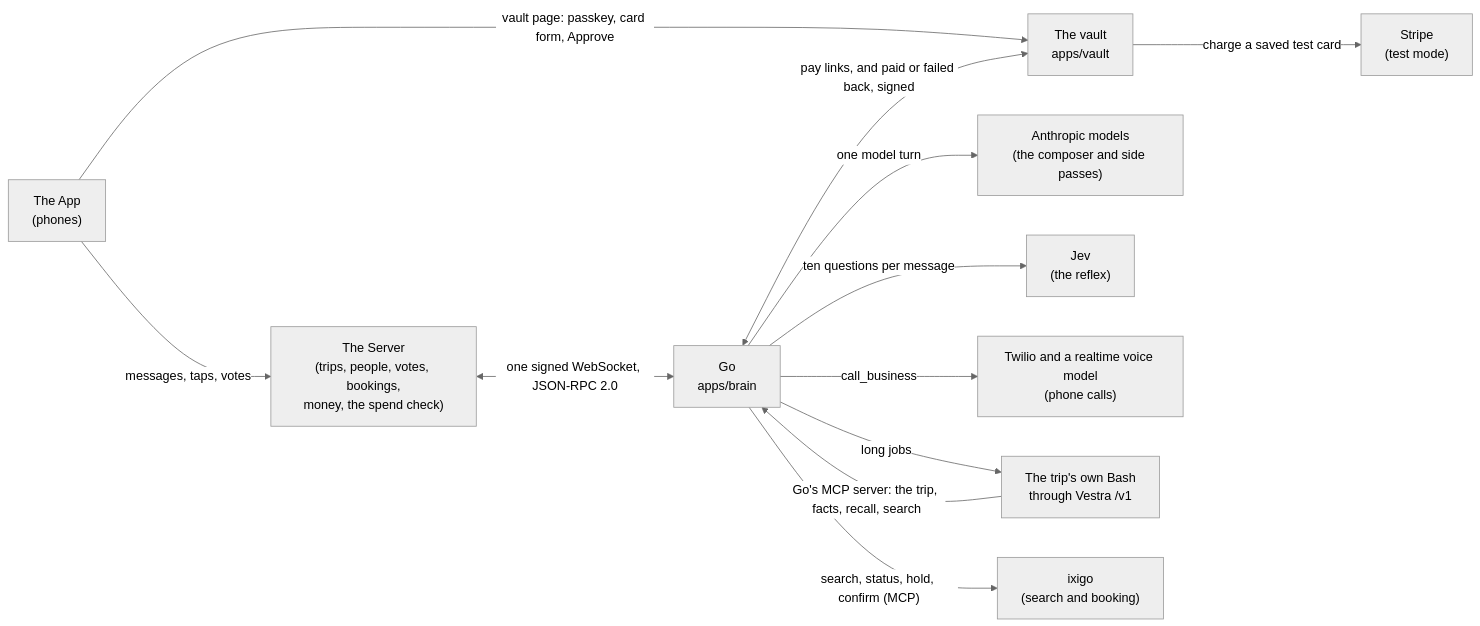
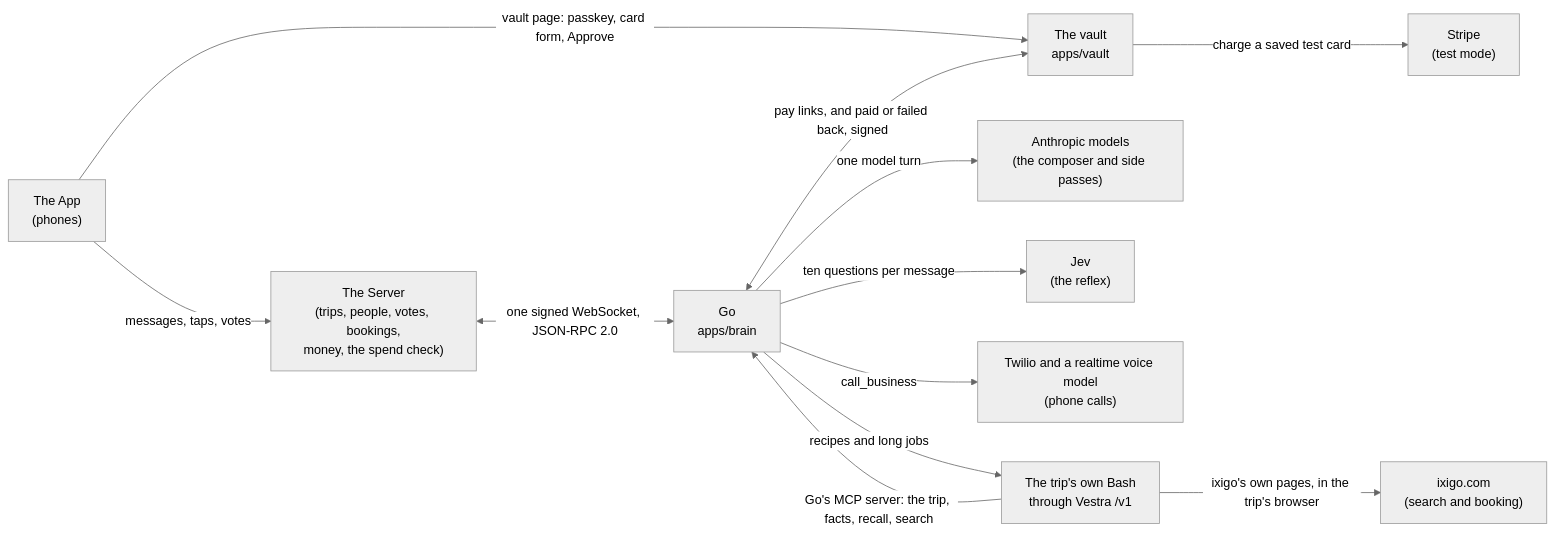
One commit to vestra-ai/go-brain changed the diagram in docs/architecture.md. Above: the diagram before and after it, drawn with Mermaid (neutral theme). The commit also changed other lines of this file and 2 other files, not shown here.

First line of the commit message:
docs: the submission and the architecture say what production does tonight

````diff
--- a/docs/architecture.md
+++ b/docs/architecture.md
@@ -9,25 +9,25 @@
 ```mermaid
 flowchart LR
   App["The App<br/>(phones)"]
   Server["The Server<br/>(trips, people, votes, bookings,<br/>money, the spend check)"]
   Go["Go<br/>apps/brain"]
   Vault["The vault<br/>apps/vault"]
   Stripe["Stripe<br/>(test mode)"]
   Models["Anthropic models<br/>(the composer and side passes)"]
   Jev["Jev<br/>(the reflex)"]
   Phone["Twilio and a realtime voice model<br/>(phone calls)"]
   Bash["The trip's own Bash<br/>through Vestra /v1"]
-  Ixigo["ixigo<br/>(search and booking)"]
+  Ixigo["ixigo.com<br/>(search and booking)"]
 
   App -- "messages, taps, votes" --> Server
   Server <-- "one signed WebSocket, JSON-RPC 2.0" --> Go
   App -- "vault page: passkey, card form, Approve" --> Vault
   Vault -- "charge a saved test card" --> Stripe
   Go -- "one model turn" --> Models
   Go -- "ten questions per message" --> Jev
   Go -- "call_business" --> Phone
   Go <-- "pay links, and paid or failed back, signed" --> Vault
-  Go -- "long jobs" --> Bash
+  Go -- "recipes and long jobs" --> Bash
   Bash -- "Go's MCP server: the trip, facts, recall, search" --> Go
-  Go -- "search, status, hold, confirm (MCP)" --> Ixigo
+  Bash -- "ixigo's own pages, in the trip's browser" --> Ixigo
 ```
````
